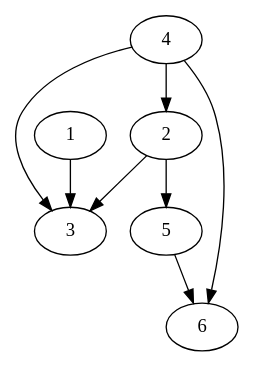
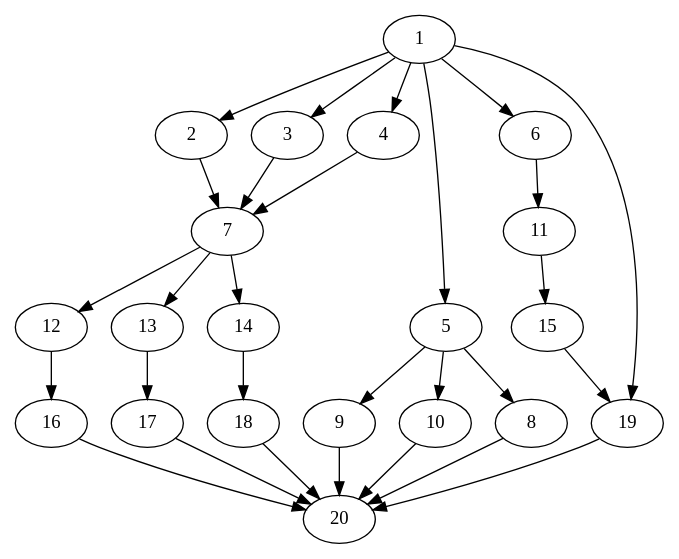
Before and after one commit to kmandelbaum/yagvis: the diagram in data/1.dot, drawn with Graphviz. The commit also changed 4 other files, not shown here.

```diff
--- a/data/1.dot
+++ b/data/1.dot
@@ -1,9 +1,30 @@
-digraph graph1 {
-    4->2
-    2->3
-    4->3
-    2->5
-    5->6
-    4->6
-    1->3
+digraph graph2 {
+    1 -> 2
+    1 -> 3
+    1 -> 4
+    1 -> 5
+    1 -> 6
+    1 -> 19
+    2 -> 7
+    3 -> 7
+    4 -> 7
+    7 -> 12
+    7 -> 13
+    7 -> 14
+    12 -> 16
+    13 -> 17
+    14 -> 18
+    16 -> 20
+    17 -> 20
+    18 -> 20
+    5 -> 9
+    5 -> 10 
+    5 -> 8
+    8 -> 20
+    9 -> 20
+    10 -> 20
+    6 -> 11
+    11 -> 15
+    15 -> 19
+    19 -> 20
 }
```
